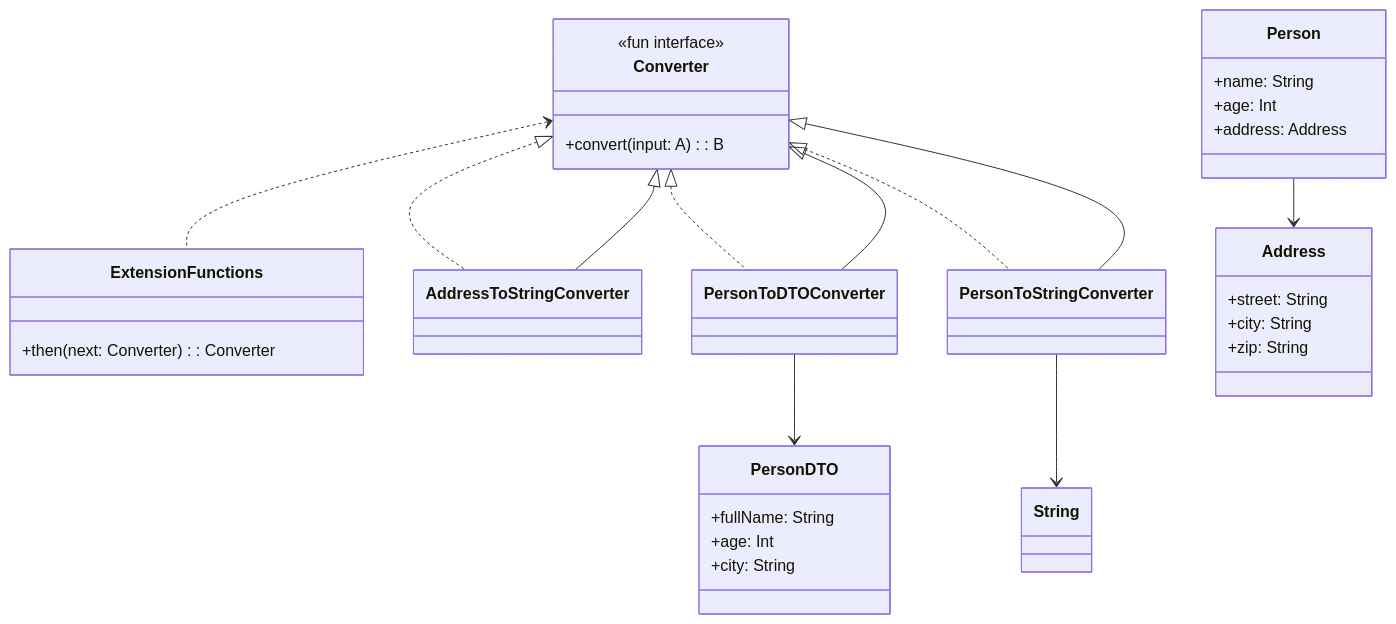
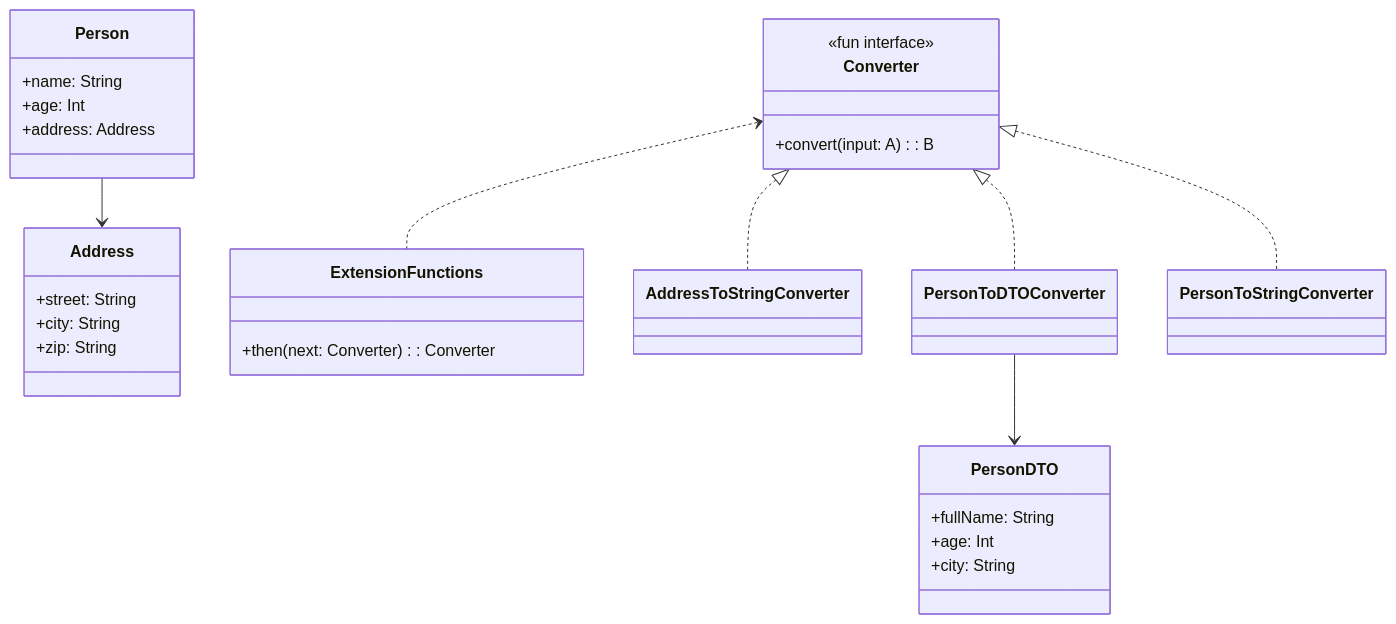
Before and after one commit to rbleggi/tech-pocs: the diagram in kotlin/converter-framework/README.md, drawn with Mermaid. The commit also changed other lines of this file and 1 other file, not shown here.

Commit message:
refactor kotlin converter-framework implementation

````diff
--- a/kotlin/converter-framework/README.md
+++ b/kotlin/converter-framework/README.md
@@ -19,36 +20,38 @@
 ```mermaid
 classDiagram
     direction TB
+
     class Converter {
         <<fun interface>>
         +convert(input: A): B
     }
+
     class ExtensionFunctions {
         +then(next: Converter): Converter
     }
-    Converter <.. ExtensionFunctions
-    Converter <|.. AddressToStringConverter
-    Converter <|.. PersonToDTOConverter
-    Converter <|.. PersonToStringConverter
+
     class Address {
         +street: String
         +city: String
         +zip: String
     }
+
     class Person {
         +name: String
         +age: Int
         +address: Address
     }
+
     class PersonDTO {
         +fullName: String
         +age: Int
         +city: String
     }
-    AddressToStringConverter --|> Converter
-    PersonToDTOConverter --|> Converter
-    PersonToStringConverter --|> Converter
+
+    Converter <.. ExtensionFunctions
+    Converter <|.. AddressToStringConverter
+    Converter <|.. PersonToDTOConverter
+    Converter <|.. PersonToStringConverter
     Person --> Address
     PersonToDTOConverter --> PersonDTO
-    PersonToStringConverter --> String
 ```
````
